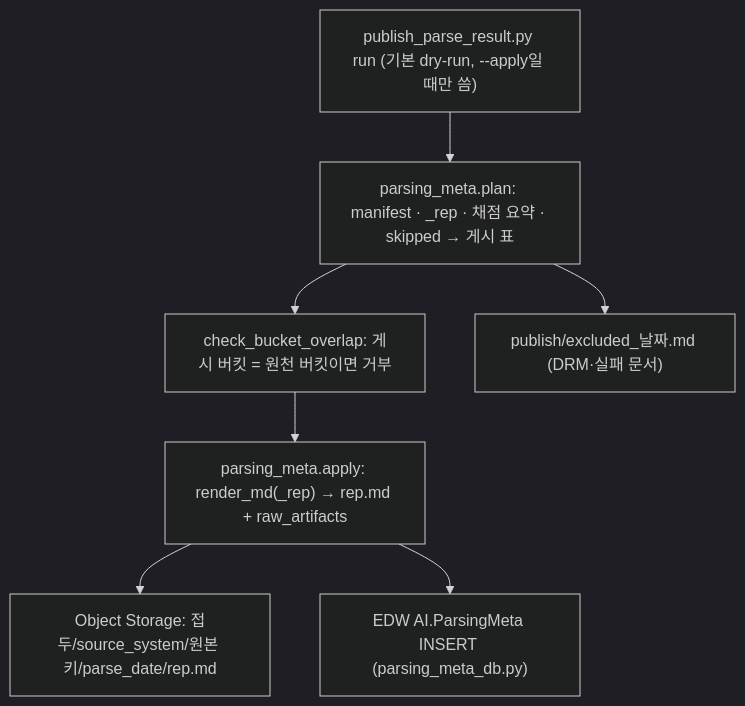
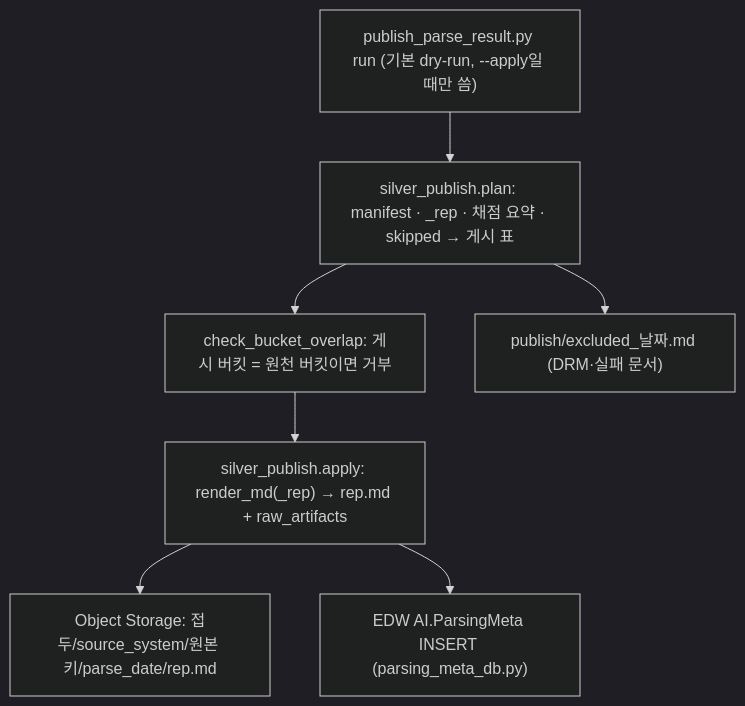
One commit to gigasamba/sbl_data_parsing changed the eighth of 11 diagrams in docs/architecture/parse_flow.md. Above: the diagram before and after it, drawn with Mermaid (dark theme). The commit also changed other lines of this file and 5 other files, not shown here.

````diff
--- a/docs/architecture/parse_flow.md
+++ b/docs/architecture/parse_flow.md
@@ -294,13 +294,13 @@
 ```mermaid
 flowchart TD
     A["publish_parse_result.py run (기본 dry-run, --apply일 때만 씀)"]
-    B["parsing_meta.plan: manifest · _rep · 채점 요약 · skipped → 게시 표"]
+    B["silver_publish.plan: manifest · _rep · 채점 요약 · skipped → 게시 표"]
     C["check_bucket_overlap: 게시 버킷 = 원천 버킷이면 거부"]
-    D["parsing_meta.apply: render_md(_rep) → rep.md + raw_artifacts"]
+    D["silver_publish.apply: render_md(_rep) → rep.md + raw_artifacts"]
     E["Object Storage: 접두/source_system/원본 키/parse_date/rep.md"]
     F["EDW AI.ParsingMeta INSERT (parsing_meta_db.py)"]
     G["publish/excluded_날짜.md (DRM·실패 문서)"]
     A --> B --> C --> D --> E
     D --> F
     B --> G
 ```
````
